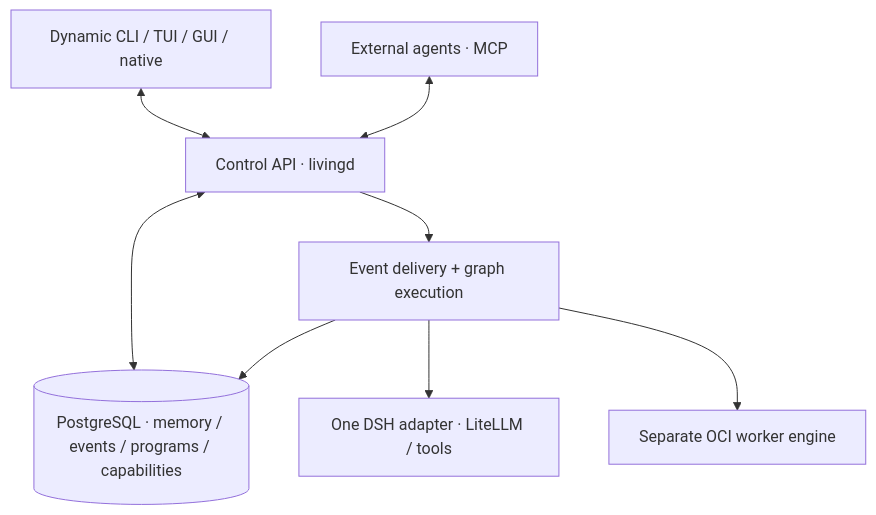
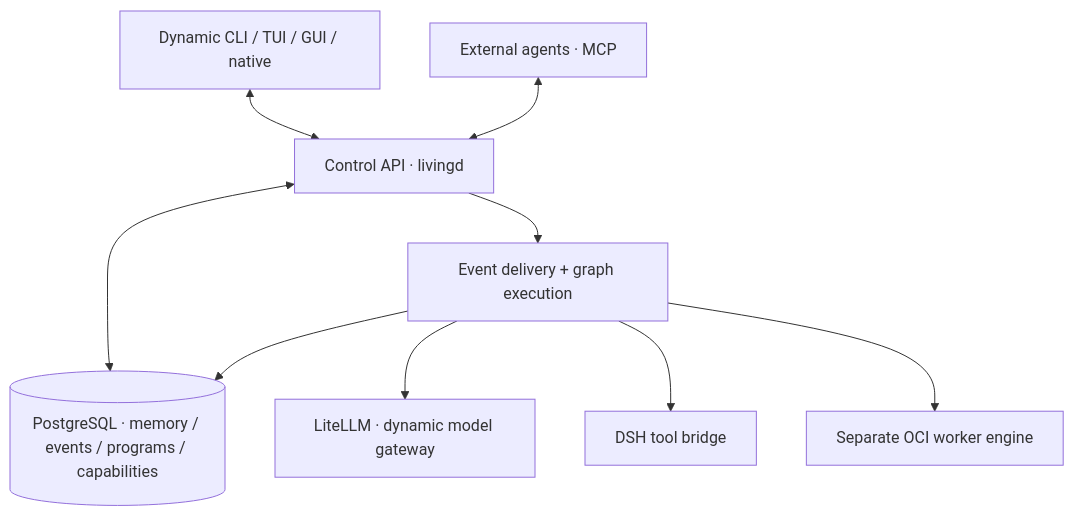
The diagram in docs/architecture.md (marius-patrik/sys), drawn with Mermaid before and after one commit. The commit also changed other lines of this file and 18 other files, not shown here.

First line of the commit message:
feat: PostgreSQL-encrypted credentials and dynamic LiteLLM models

````diff
--- a/docs/architecture.md
+++ b/docs/architecture.md
@@ -15,10 +15,11 @@
 ```mermaid
 flowchart TB
   I["Dynamic CLI / TUI / GUI / native"] <--> A["Control API · livingd"]
   E["External agents · MCP"] <--> A
   A <--> P[("PostgreSQL · memory / events / programs / capabilities")]
   A --> X["Event delivery + graph execution"]
-  X --> D["One DSH adapter · LiteLLM / tools"]
+  X --> D["LiteLLM · dynamic model gateway"]
+  X --> H["DSH tool bridge"]
   X --> O["Separate OCI worker engine"]
   X --> P
 ```
````
